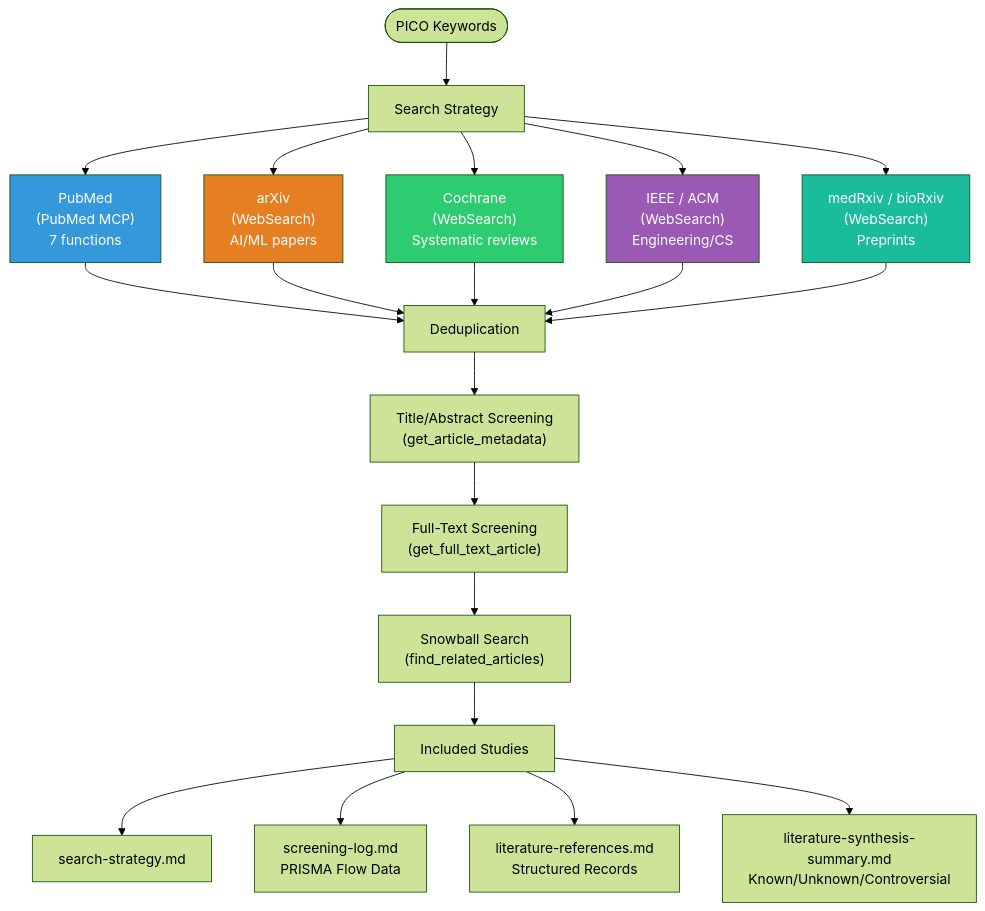
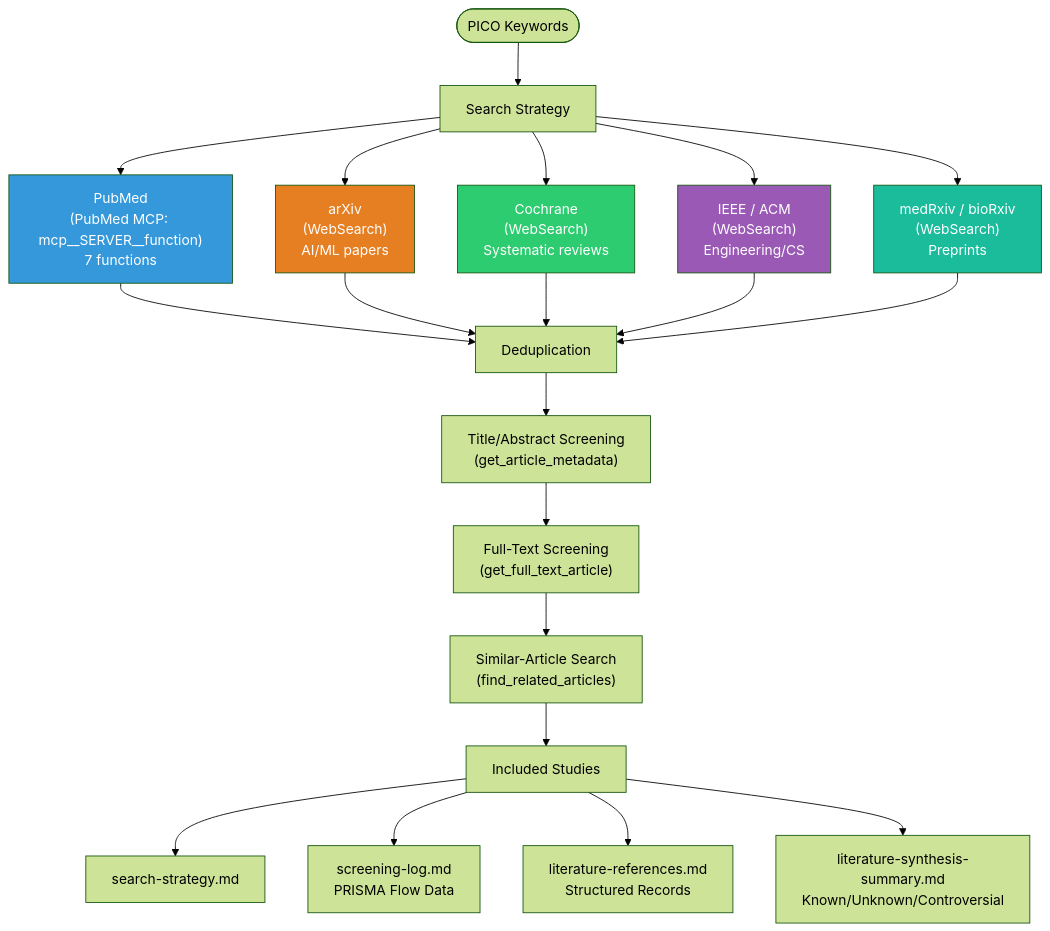
Before and after one commit to Stefansong/med-research-powers: the fourth of 8 diagrams in docs/architecture.md, drawn with Mermaid (forest theme). The commit also changed other lines of this file and 119 other files, not shown here.

````diff
--- a/docs/architecture.md
+++ b/docs/architecture.md
@@ -140,29 +154,29 @@
 ```mermaid
 flowchart TD
     PICO([PICO Keywords]) --> STRATEGY[Search Strategy]
 
     STRATEGY --> DB1 & DB2 & DB3 & DB4 & DB5
 
-    DB1["PubMed<br/>(PubMed MCP)<br/>7 functions"]
+    DB1["PubMed<br/>(PubMed MCP: mcp__SERVER__function)<br/>7 functions"]
     DB2["arXiv<br/>(WebSearch)<br/>AI/ML papers"]
     DB3["Cochrane<br/>(WebSearch)<br/>Systematic reviews"]
     DB4["IEEE / ACM<br/>(WebSearch)<br/>Engineering/CS"]
     DB5["medRxiv / bioRxiv<br/>(WebSearch)<br/>Preprints"]
 
     DB1 & DB2 & DB3 & DB4 & DB5 --> DEDUP[Deduplication]
     DEDUP --> SCREEN1["Title/Abstract Screening<br/>(get_article_metadata)"]
     SCREEN1 --> SCREEN2["Full-Text Screening<br/>(get_full_text_article)"]
-    SCREEN2 --> SNOW["Snowball Search<br/>(find_related_articles)"]
+    SCREEN2 --> SNOW["Similar-Article Search<br/>(find_related_articles)"]
     SNOW --> INCLUDED[Included Studies]
 
     INCLUDED --> OUT1[search-strategy.md]
     INCLUDED --> OUT2[screening-log.md<br/>PRISMA Flow Data]
     INCLUDED --> OUT3[literature-references.md<br/>Structured Records]
     INCLUDED --> OUT4[literature-synthesis-summary.md<br/>Known/Unknown/Controversial]
 
     style DB1 fill:#3498db,color:#fff
     style DB2 fill:#e67e22,color:#fff
     style DB3 fill:#2ecc71,color:#fff
     style DB4 fill:#9b59b6,color:#fff
     style DB5 fill:#1abc9c,color:#fff
 ```
````
